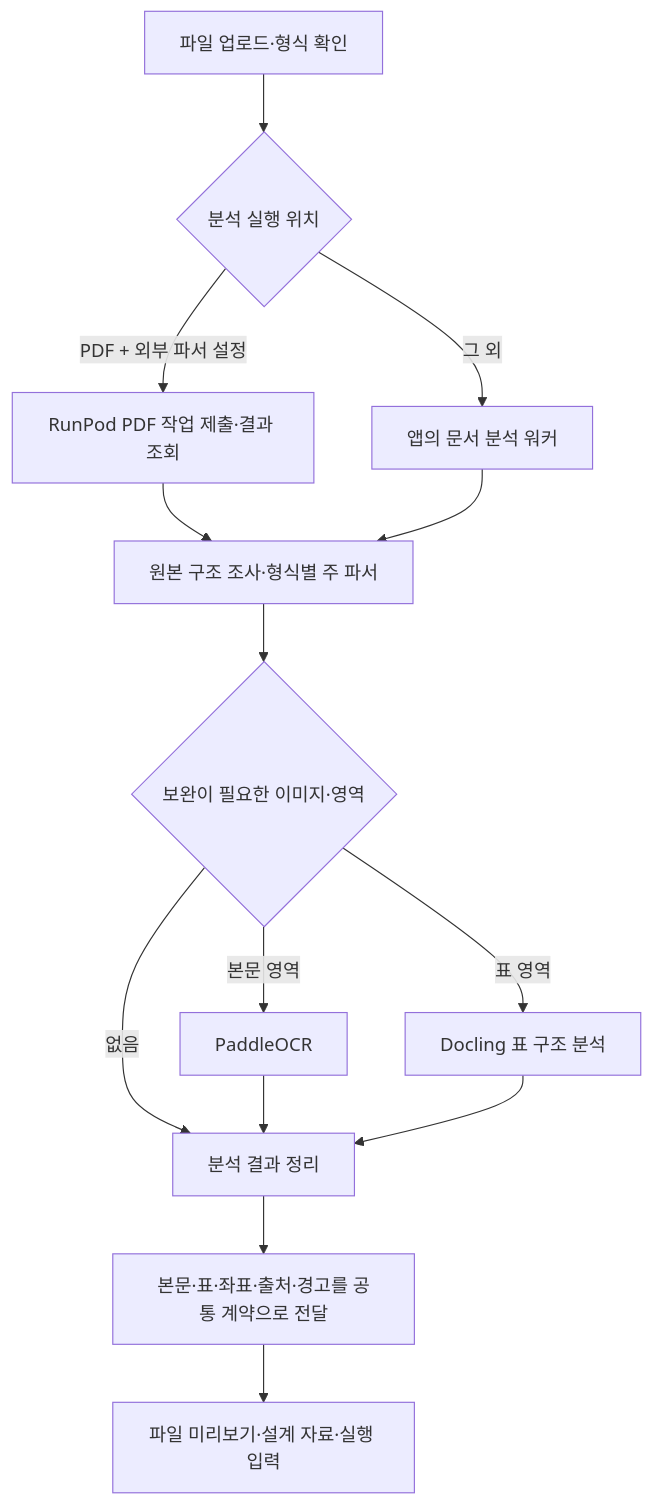
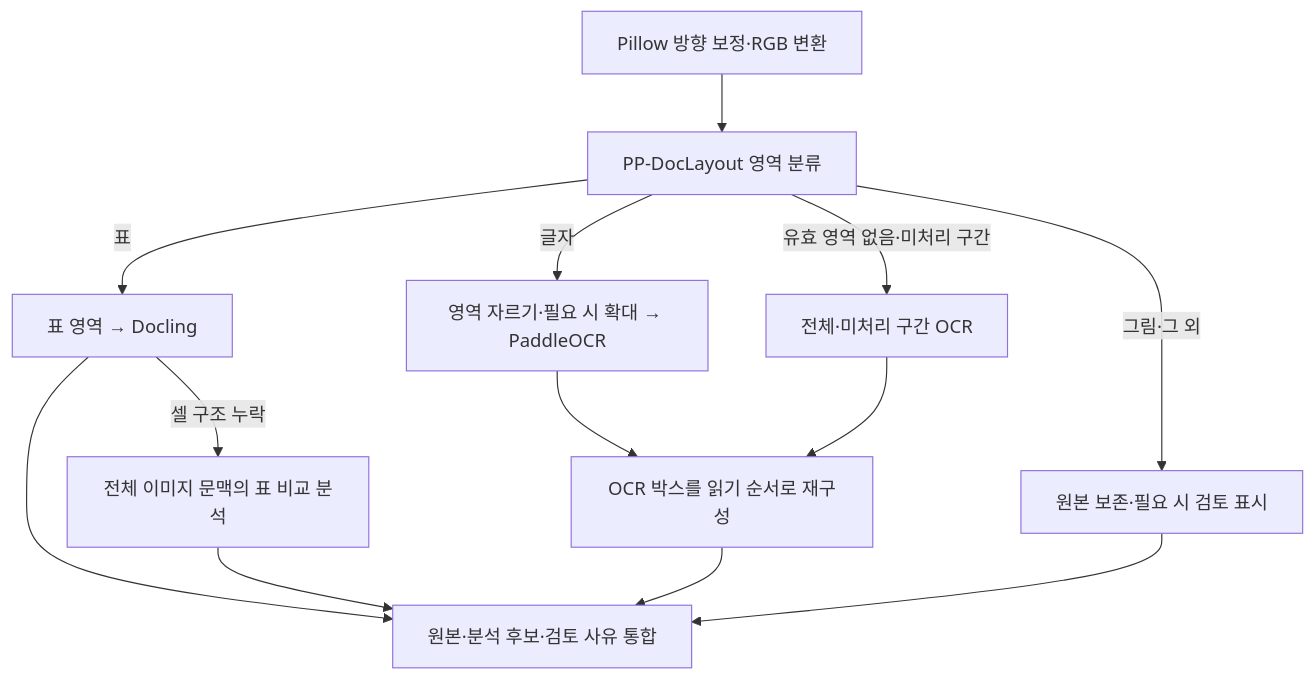
One commit to 20260528-skn-family-ai-33/SKN33-Final-5Team changed the second of 4 diagrams in README.md. Above: the diagram before and after it, drawn with Mermaid. The commit also changed other lines of this file and 1 other file, not shown here.

````diff
--- a/README.md
+++ b/README.md
@@ -204,16 +228,15 @@
 ```mermaid
 flowchart TD
-    A["파일 업로드·형식 확인"] --> B{"분석 실행 위치"}
-    B -->|"PDF + 외부 파서 설정"| C["RunPod PDF 작업 제출·결과 조회"]
-    B -->|"그 외"| D["앱의 문서 분석 워커"]
-    C --> E["원본 구조 조사·형식별 주 파서"]
-    D --> E
-    E --> F{"보완이 필요한 이미지·영역"}
-    F -->|"본문 영역"| G["PaddleOCR"]
-    F -->|"표 영역"| H["Docling 표 구조 분석"]
-    F -->|"없음"| I["분석 결과 정리"]
+    A["Pillow 방향 보정·RGB 변환"] --> B["PP-DocLayout 영역 분류"]
+    B -->|"글자"| C["영역 자르기·필요 시 확대 → PaddleOCR"]
+    B -->|"표"| D["표 영역 → Docling"]
+    B -->|"그림·그 외"| E["원본 보존·필요 시 검토 표시"]
+    B -->|"유효 영역 없음·미처리 구간"| F["전체·미처리 구간 OCR"]
+    C --> G["OCR 박스를 읽기 순서로 재구성"]
+    D -->|"셀 구조 누락"| H["전체 이미지 문맥의 표 비교 분석"]
+    D --> I["원본·분석 후보·검토 사유 통합"]
+    H --> I
     G --> I
-    H --> I
-    I --> J["본문·표·좌표·출처·경고를 공통 계약으로 전달"]
-    J --> K["파일 미리보기·설계 자료·실행 입력"]
+    F --> G
+    E --> I
 ```
````
